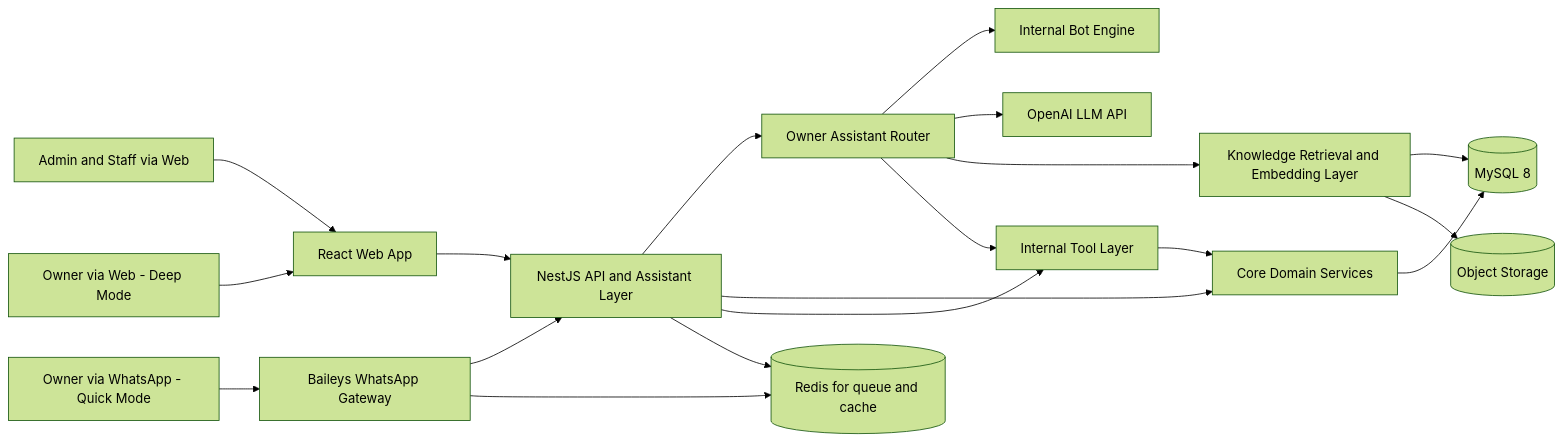
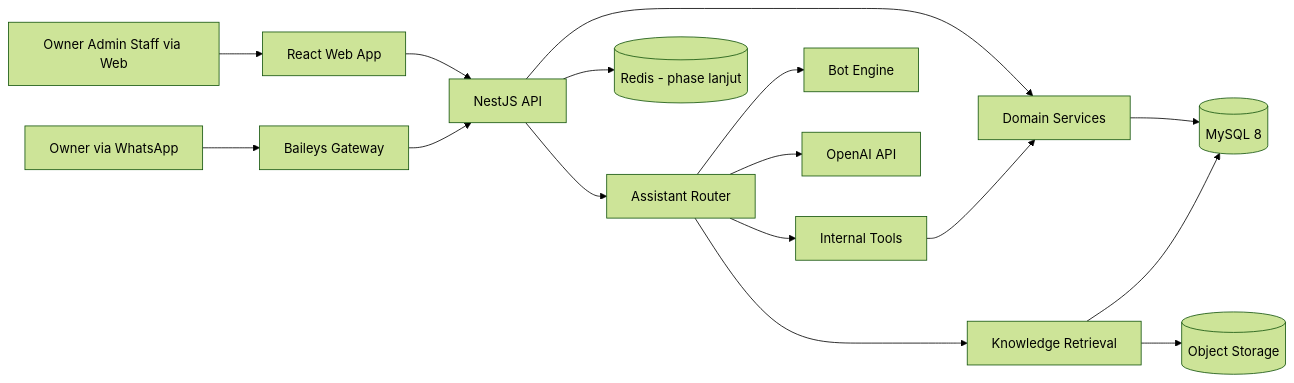
Before and after one commit to DimasPrasetio/mini-erp: the diagram in SYSTEM_DESIGN.md, drawn with Mermaid (forest theme). The commit also changed other lines of this file and 10 other files, not shown here.

````diff
--- a/SYSTEM_DESIGN.md
+++ b/SYSTEM_DESIGN.md
@@ -220,35 +99,31 @@
 ```mermaid
 flowchart LR
-    Owner[Owner via WhatsApp - Quick Mode]
-    OwnerWeb[Owner via Web - Deep Mode]
-    Staff[Admin and Staff via Web]
+    Owner[Owner via WhatsApp]
+    WebUser[Owner Admin Staff via Web]
     Web[React Web App]
-    Api[NestJS API and Assistant Layer]
-    Domain[Core Domain Services]
-    Tools[Internal Tool Layer]
-    WA[Baileys WhatsApp Gateway]
-    Assistant[Owner Assistant Router]
-    Bot[Internal Bot Engine]
-    LLM[OpenAI LLM API]
-    RAG[Knowledge Retrieval and Embedding Layer]
-  DB[(MySQL 8)]
+    Api[NestJS API]
+    Domain[Domain Services]
+    Tools[Internal Tools]
+    Assistant[Assistant Router]
+    Bot[Bot Engine]
+    LLM[OpenAI API]
+    RAG[Knowledge Retrieval]
+    WA[Baileys Gateway]
+    DB[(MySQL 8)]
     Storage[(Object Storage)]
-    Redis[(Redis for queue and cache)]
+    Redis[(Redis - phase lanjut)]
 
-    Staff --> Web --> Api
-    OwnerWeb --> Web
+    WebUser --> Web --> Api
     Owner --> WA --> Api
+    Api --> Domain
     Api --> Assistant
     Assistant --> Bot
+    Assistant --> Tools
+    Assistant --> RAG
     Assistant --> LLM
-    Assistant --> RAG
-    Assistant --> Tools
-    Api --> Domain
-    Api --> Tools
     Tools --> Domain
     Domain --> DB
     RAG --> DB
     RAG --> Storage
     Api --> Redis
-    WA --> Redis
 ```
````
